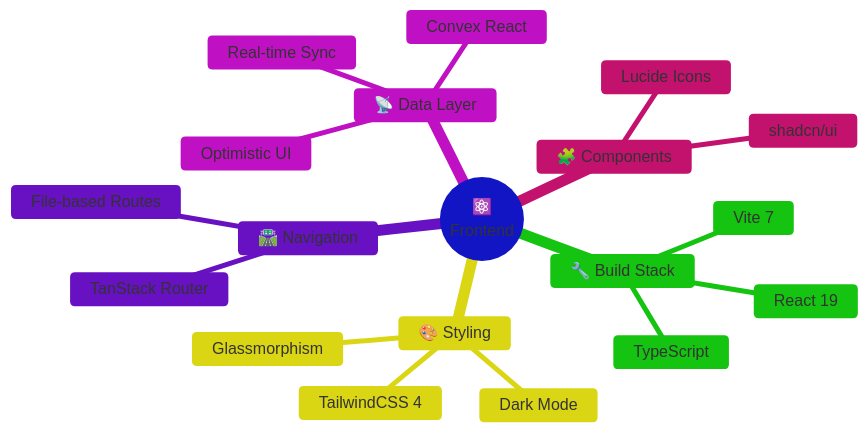
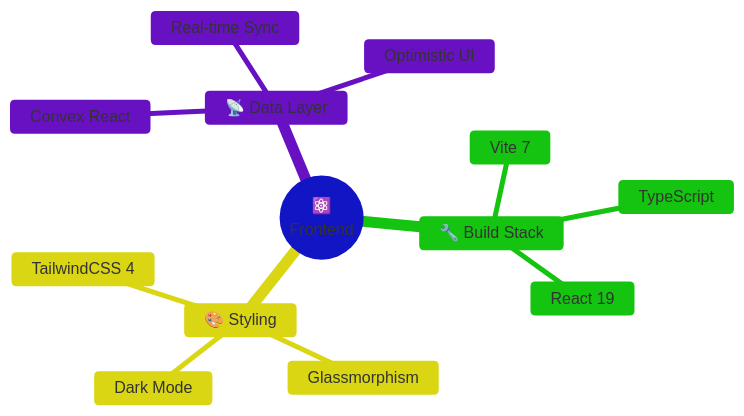
One commit to sabry-awad97/convex-notes changed the third of 3 diagrams in README.md. Above: the diagram before and after it, drawn with Mermaid. The commit also changed other lines of this file and 24 other files, not shown here.

````diff
--- a/README.md
+++ b/README.md
@@ -328,24 +346,18 @@
 ```mermaid
 %%{init: {'theme': 'base', 'themeVariables': { 'primaryColor': '#6366f1', 'lineColor': '#818cf8'}}}%%
 
 mindmap
   root((⚛️<br/>Frontend))
     🔧 Build Stack
       Vite 7
       TypeScript
       React 19
     🎨 Styling
       TailwindCSS 4
       Glassmorphism
       Dark Mode
-    🛣️ Navigation
-      TanStack Router
-      File-based Routes
     📡 Data Layer
       Convex React
       Real-time Sync
       Optimistic UI
-    🧩 Components
-      shadcn/ui
-      Lucide Icons
 ```
````
